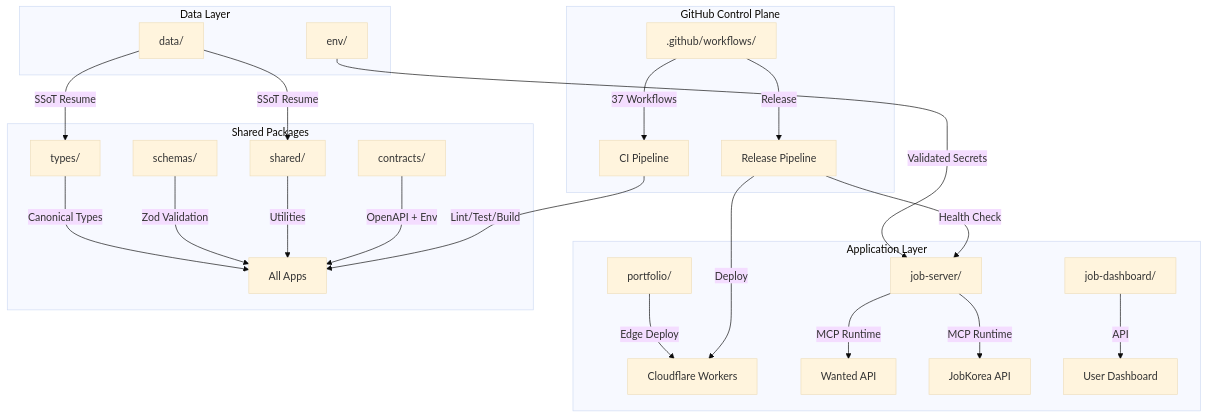
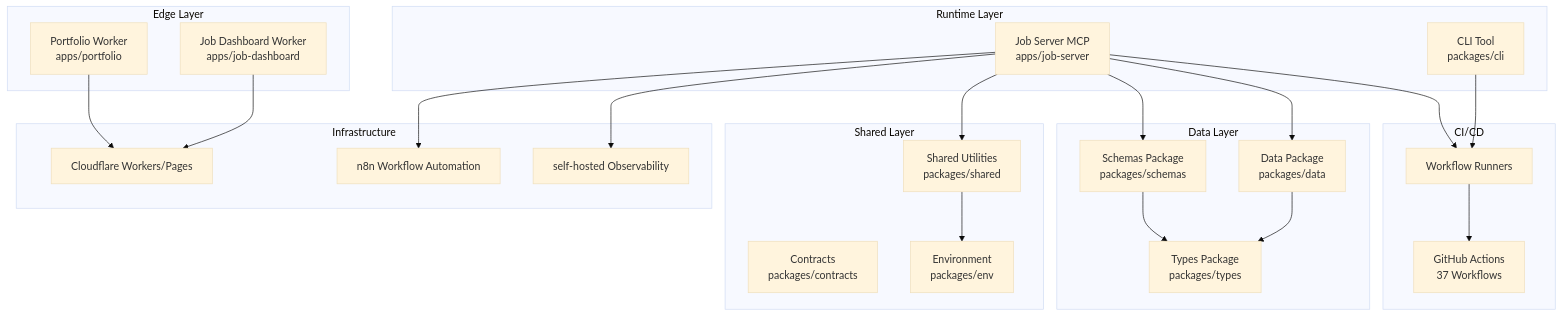
Before and after one commit to jclee941/resume: the diagram in README.md, drawn with Mermaid (base theme). The commit also changed other lines of this file, not shown here.

````diff
--- a/README.md
+++ b/README.md
@@ -78,32 +97,49 @@
 ```mermaid
 flowchart TB
-    subgraph GitHub["GitHub Control Plane"]
-        WF[".github/workflows/"]
-        WF --> |37 Workflows| CI[CI Pipeline]
-        WF --> |Release| REL[Release Pipeline]
+    subgraph "Edge Layer"
+        PF[Portfolio Worker<br/>apps/portfolio]
+        JD[Job Dashboard Worker<br/>apps/job-dashboard]
     end
 
-    subgraph Apps["Application Layer"]
-        PFT[portfolio/] --> |Edge Deploy| CF[Cloudflare Workers]
-        JS[job-server/] --> |MCP Runtime| WANT[Wanted API]
-        JS --> |MCP Runtime| JK[JobKorea API]
-        JD[job-dashboard/] --> |API| USR[User Dashboard]
+    subgraph "Runtime Layer"
+        JS[Job Server MCP<br/>apps/job-server]
+        CLI[CLI Tool<br/>packages/cli]
     end
 
-    subgraph Packages["Shared Packages"]
-        TYPES[types/] --> |Canonical Types| APPS[All Apps]
-        SCHEMAS[schemas/] --> |Zod Validation| APPS
-        SHARED[shared/] --> |Utilities| APPS
-        CONTRACTS[contracts/] --> |OpenAPI + Env| APPS
+    subgraph "Data Layer"
+        DATA[Data Package<br/>packages/data]
+        TYPES[Types Package<br/>packages/types]
+        SCHEMAS[Schemas Package<br/>packages/schemas]
     end
 
-    subgraph Data["Data Layer"]
-        DATA[data/] --> |SSoT Resume| SHARED
-        DATA --> |SSoT Resume| TYPES
-        ENV[env/] --> |Validated Secrets| JS
+    subgraph "Shared Layer"
+        SHARED[Shared Utilities<br/>packages/shared]
+        CONTRACTS[Contracts<br/>packages/contracts]
+        ENV[Environment<br/>packages/env]
     end
 
-    CI --> |Lint/Test/Build| APPS
-    REL --> |Deploy| CF
-    REL --> |Health Check| JS
+    subgraph "Infrastructure"
+        CF[Cloudflare Workers/Pages]
+        OBS[self-hosted Observability]
+        N8N[n8n Workflow Automation]
+    end
+
+    subgraph "CI/CD"
+        GH[GitHub Actions<br/>37 Workflows]
+        WR[Workflow Runners]
+    end
+
+    PF --> CF
+    JD --> CF
+    JS --> WR
+    CLI --> WR
+    JS --> DATA
+    JS --> SCHEMAS
+    JS --> SHARED
+    DATA --> TYPES
+    SCHEMAS --> TYPES
+    SHARED --> ENV
+    WR --> GH
+    JS --> OBS
+    JS --> N8N
 ```
````
